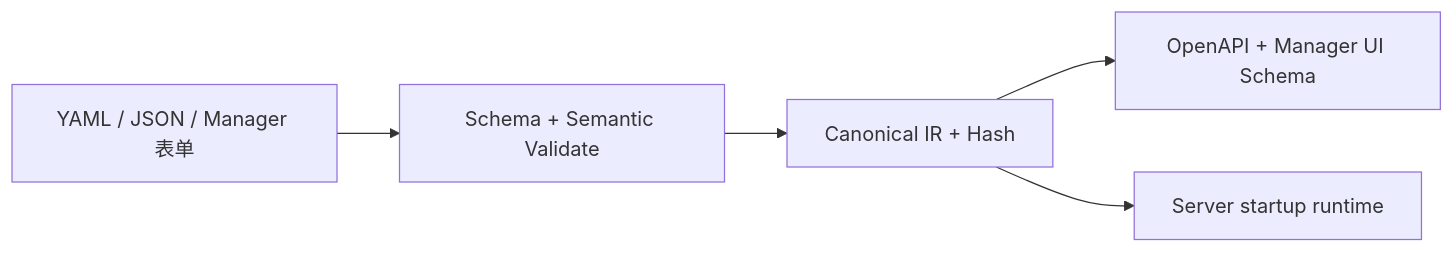
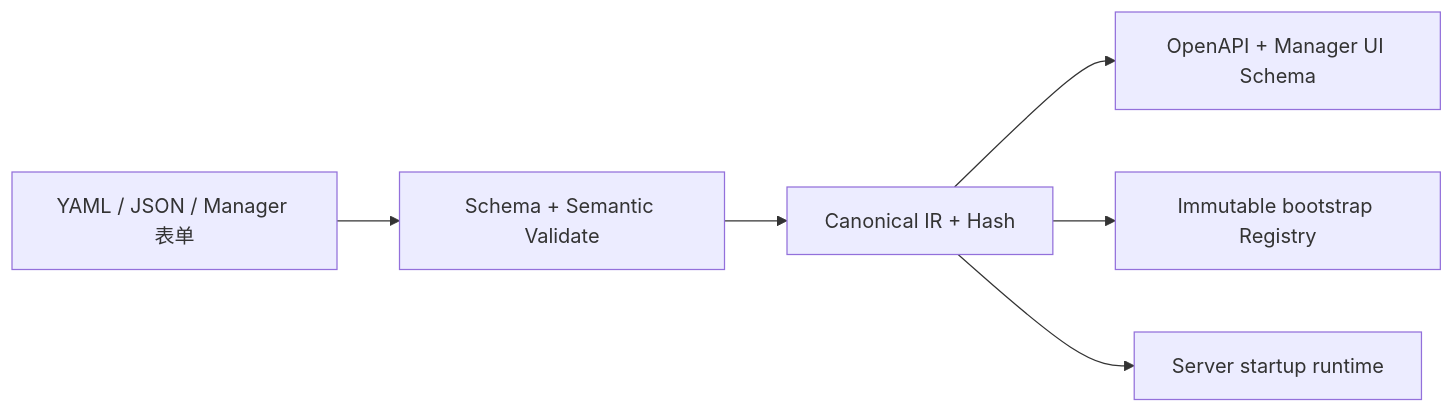
One commit to shezw/panvara changed the second of 2 diagrams in docs/arch.md. Above: the diagram before and after it, drawn with Mermaid. The commit also changed other lines of this file and 37 other files, not shown here.

First line of the commit message:
feat: add immutable revision registry foundation

````diff
--- a/docs/arch.md
+++ b/docs/arch.md
@@ -81,12 +81,14 @@
 ```mermaid
 flowchart LR
     Text["YAML / JSON / Manager 表单"]
     Validate["Schema + Semantic Validate"]
     IR["Canonical IR + Hash"]
     Artifact["OpenAPI + Manager UI Schema"]
+    Registry["Immutable bootstrap Registry"]
     Runtime["Server startup runtime"]
 
     Text --> Validate --> IR
     IR --> Artifact
+    IR --> Registry
     IR --> Runtime
 ```
````
